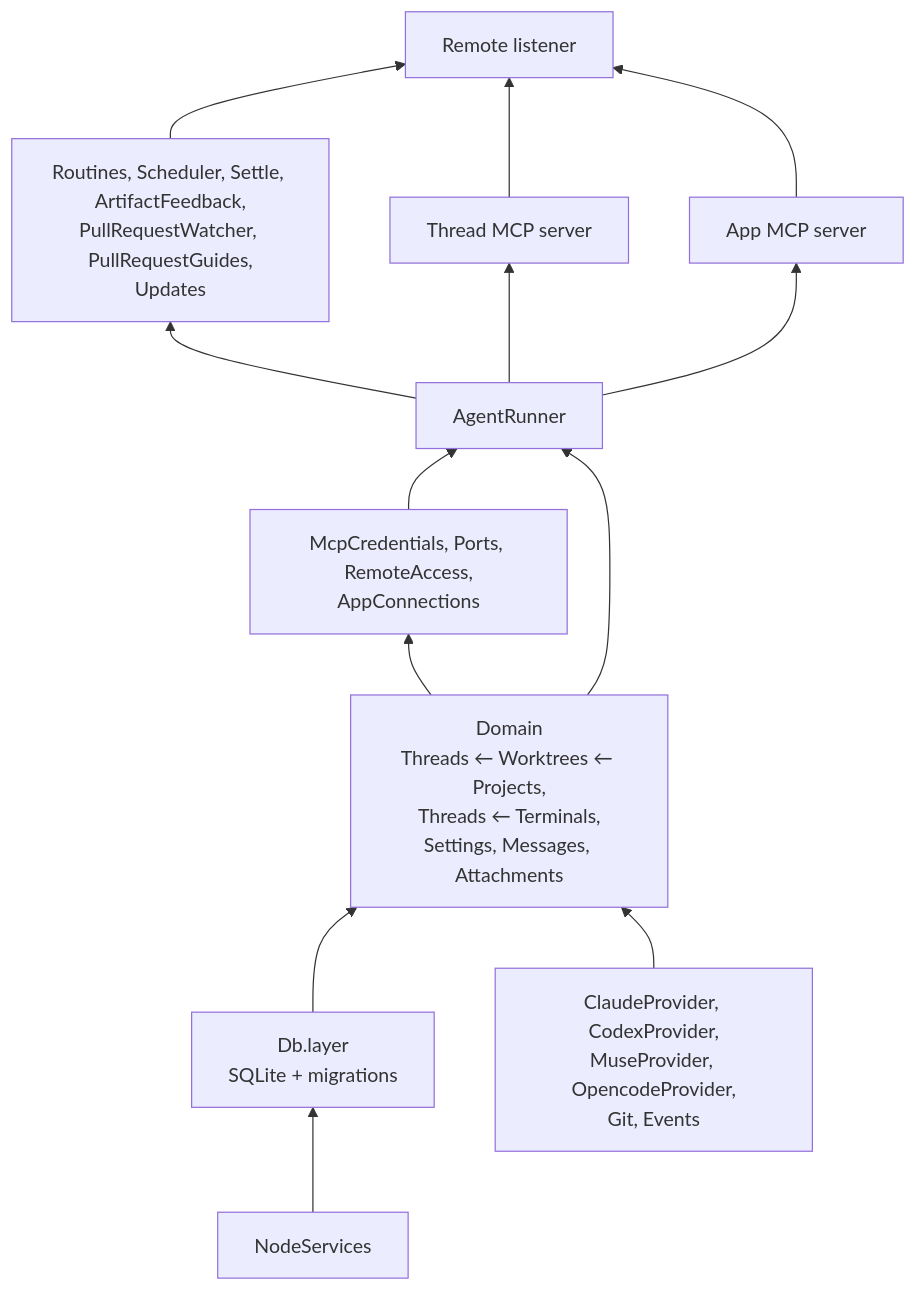
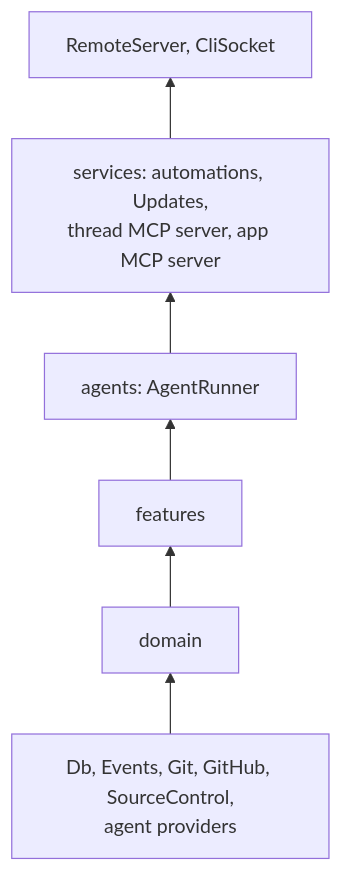
The fourth of 19 diagrams in docs/arch.md (hinadev-ai/hinacode), drawn with Mermaid before and after one commit. The commit also changed other lines of this file, not shown here.

````diff
--- a/docs/arch.md
+++ b/docs/arch.md
@@ -133,22 +135,11 @@
 ```mermaid
 flowchart BT
-  node["NodeServices"]
-  db["Db.layer<br/>SQLite + migrations"]
-  infra["ClaudeProvider, CodexProvider,<br/>MuseProvider, OpencodeProvider,<br/>Git, Events"]
-  domain["Domain<br/>Threads ← Worktrees ← Projects,<br/>Threads ← Terminals,<br/>Settings, Messages, Attachments"]
-  features["McpCredentials, Ports, RemoteAccess,<br/>AppConnections"]
-  runner["AgentRunner"]
-  autos["Routines, Scheduler, Settle, ArtifactFeedback,<br/>PullRequestWatcher, PullRequestGuides,<br/>Updates"]
-  mcp["Thread MCP server"]
-  apps["App MCP server"]
-  remote["Remote listener"]
+  base["Db, Events, Git, GitHub, SourceControl,<br/>agent providers"]
+  domain["domain"]
+  features["features"]
+  agents["agents: AgentRunner"]
+  services["services: automations, Updates,<br/>thread MCP server, app MCP server"]
+  remote["RemoteServer, CliSocket"]
 
-  node --> db --> domain
-  infra --> domain
-  domain --> features --> runner
-  domain --> runner
-  runner --> autos
-  runner --> mcp
-  runner --> apps
-  autos & mcp & apps --> remote
+  base --> domain --> features --> agents --> services --> remote
 ```
````
